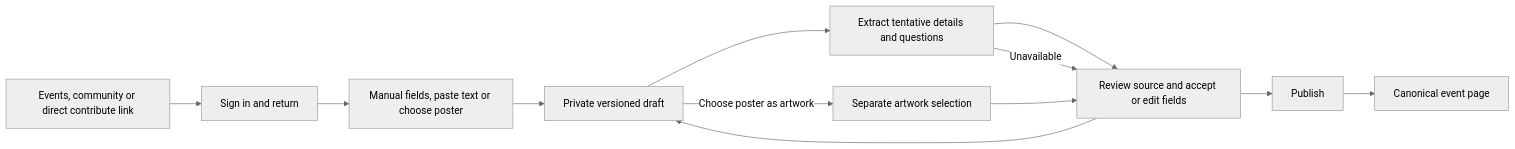
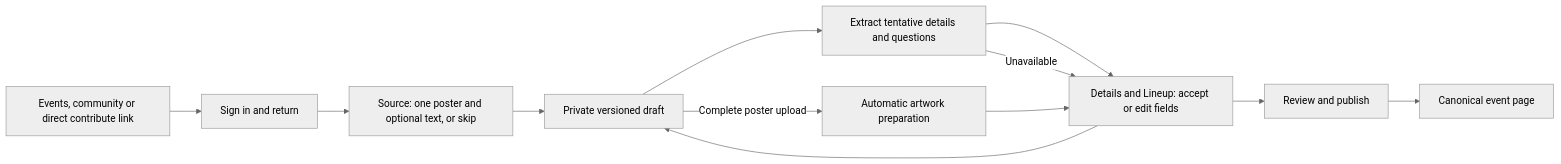
The diagram in docs/backend/event-intake-sources.md (BASIC-BIT/VRDex), drawn with Mermaid (neutral theme) before and after one commit. The commit also changed other lines of this file and 74 other files, not shown here.

````diff
--- a/docs/backend/event-intake-sources.md
+++ b/docs/backend/event-intake-sources.md
@@ -71,14 +90,14 @@
 ```mermaid
 flowchart LR
   A[Events, community or direct contribute link] --> B[Sign in and return]
-  B --> C[Manual fields, paste text or choose poster]
+  B --> C[Source: one poster and optional text, or skip]
   C --> D[Private versioned draft]
   D --> E[Extract tentative details and questions]
-  E --> F[Review source and accept or edit fields]
+  E --> F[Details and Lineup: accept or edit fields]
   E -->|Unavailable| F
-  D -->|Choose poster as artwork| G[Separate artwork selection]
+  D -->|Complete poster upload| G[Automatic artwork preparation]
   G --> F
   F --> D
-  F --> H[Publish]
+  F --> H[Review and publish]
   H --> I[Canonical event page]
 ```
````
